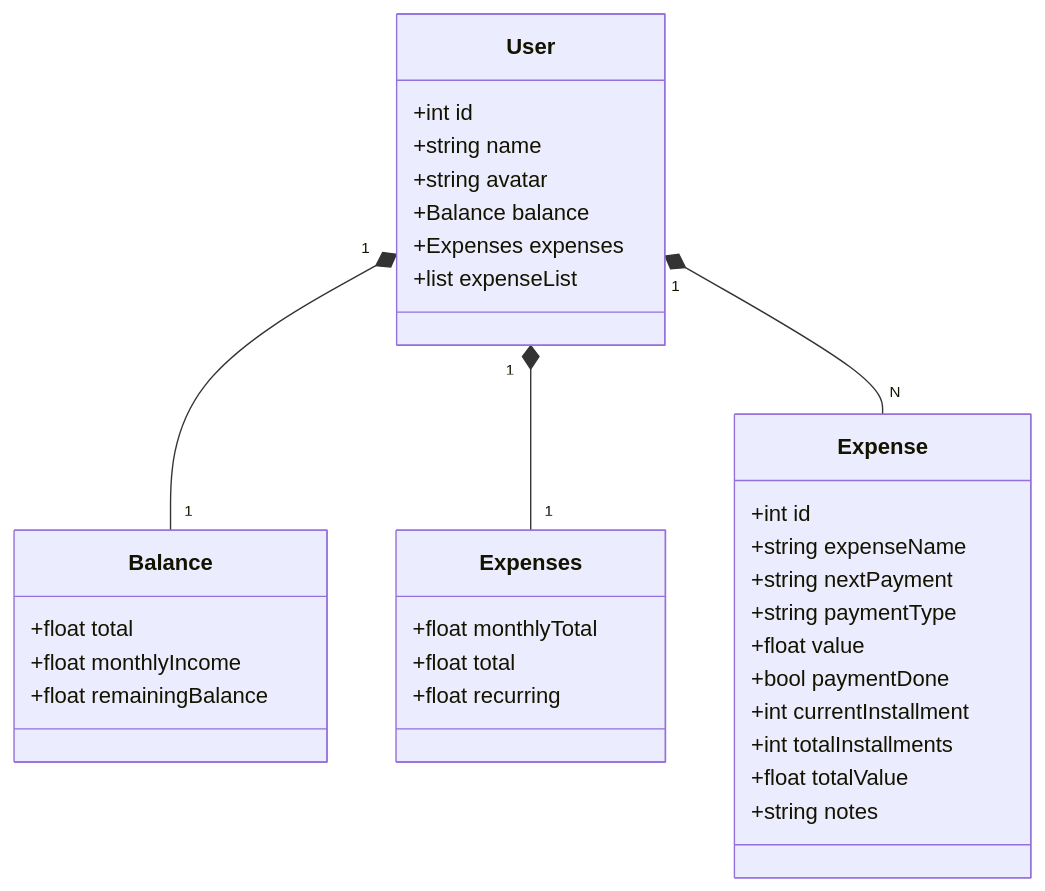
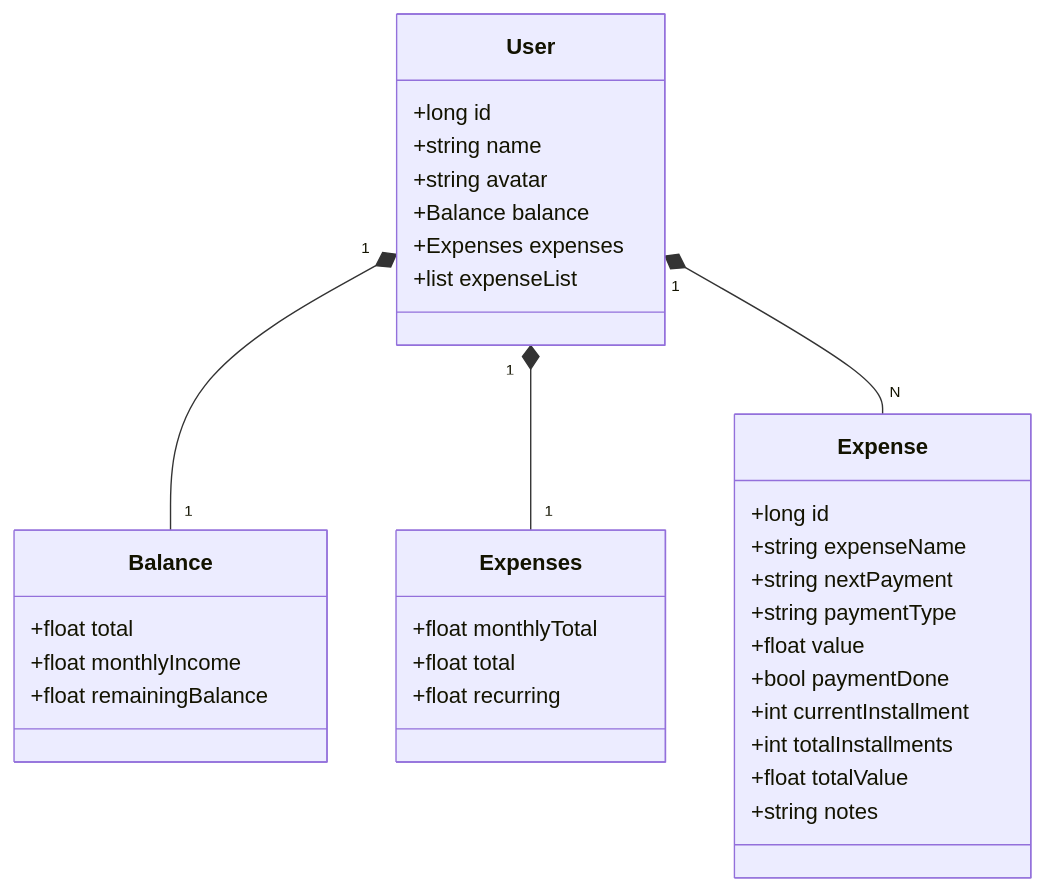
One commit to 3eatriz/desafio-dio changed the diagram in README.md. Above: the diagram before and after it, drawn with Mermaid.

````diff
--- a/README.md
+++ b/README.md
@@ -10,40 +10,40 @@
 ```mermaid
 classDiagram
     class User {
-        +int id
+        +long id
         +string name
         +string avatar
         +Balance balance
         +Expenses expenses
         +list<Expense> expenseList
     }
 
     class Balance {
         +float total
         +float monthlyIncome
         +float remainingBalance
     }
 
     class Expenses {
         +float monthlyTotal
         +float total
         +float recurring
     }
 
     class Expense {
-        +int id
+        +long id
         +string expenseName
         +string nextPayment
         +string paymentType
         +float value
         +bool paymentDone
         +int currentInstallment
         +int totalInstallments
         +float totalValue
         +string notes
     }
 
     User "1" *-- "1" Balance
     User "1" *-- "1" Expenses
     User "1" *-- "N" Expense
 ```
````
